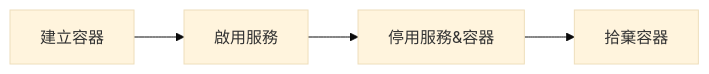
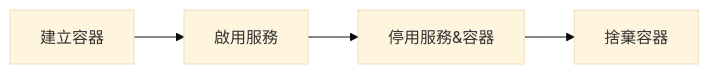
One commit to neko0xff/blog_astroV2 changed the third of 3 diagrams in src/data/blog/Server-Hypervisor.md. Above: the diagram before and after it, drawn with Mermaid (base theme). The commit also changed other lines of this file and 1 other file, not shown here.

Commit message:
20260531 update3

````diff
--- a/src/data/blog/Server-Hypervisor.md
+++ b/src/data/blog/Server-Hypervisor.md
@@ -137,4 +137,4 @@
   ```mermaid
     graph LR;
-       建立容器 --> 啟用服務 --> 停用服務&容器 --> 拾棄容器
+       建立容器 --> 啟用服務 --> 停用服務&容器 --> 捨棄容器
   ```
````
